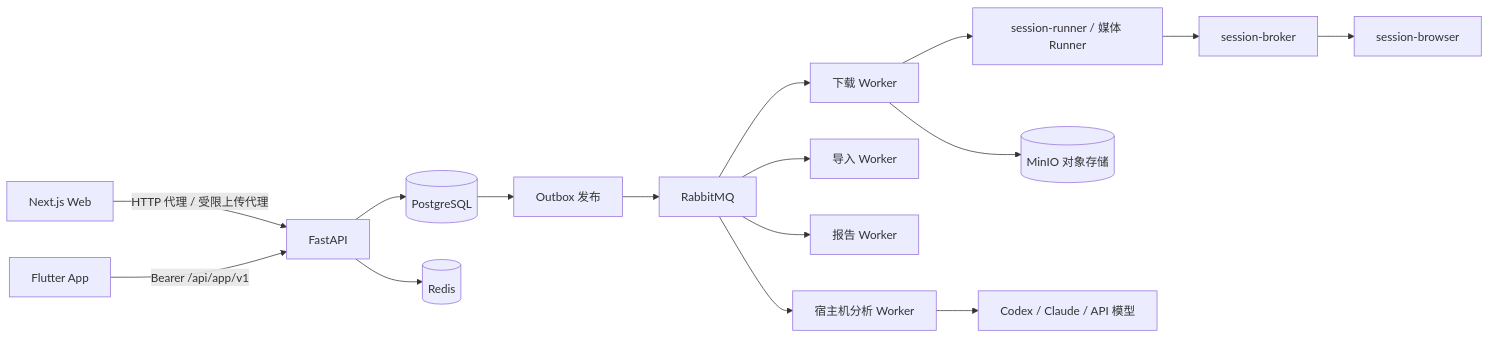
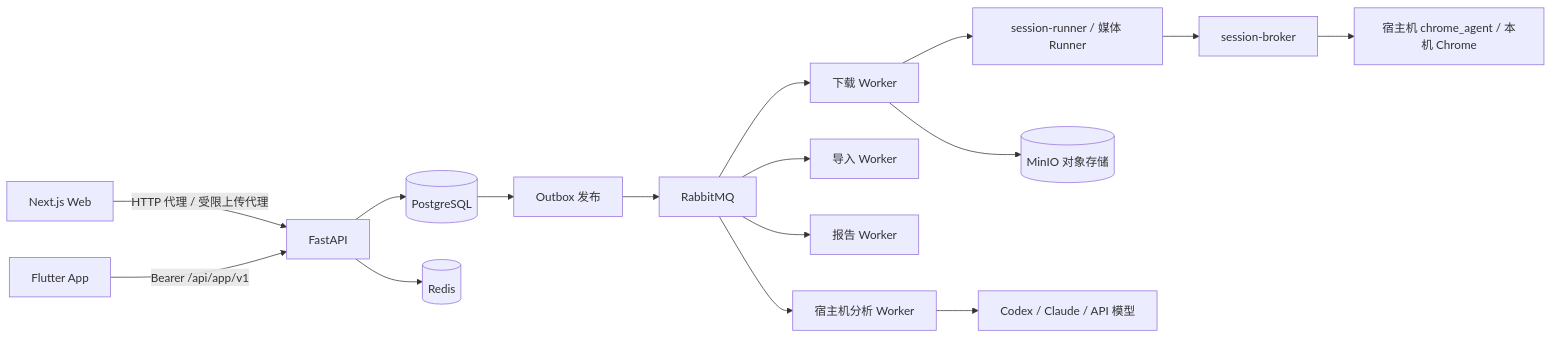
One commit to StephenQiu30/framefetch changed the diagram in docs/design/02-总体架构.md. Above: the diagram before and after it, drawn with Mermaid. The commit also changed other lines of this file and 39 other files, not shown here.

First line of the commit message:
refactor(session): 登录态改为按次现读本机 Chrome，移除 ./start

````diff
--- a/docs/design/02-总体架构.md
+++ b/docs/design/02-总体架构.md
@@ -3,18 +3,18 @@
 ```mermaid
 flowchart LR
   Web[Next.js Web] -->|HTTP 代理 / 受限上传代理| API[FastAPI]
   App[Flutter App] -->|Bearer /api/app/v1| API
   API --> PG[(PostgreSQL)]
   API --> Redis[(Redis)]
   PG --> Outbox[Outbox 发布]
   Outbox --> MQ[RabbitMQ]
   MQ --> DL[下载 Worker]
   MQ --> IM[导入 Worker]
   MQ --> RP[报告 Worker]
   MQ --> AN[宿主机分析 Worker]
   DL --> SR[session-runner / 媒体 Runner]
   SR --> Broker[session-broker]
-  Broker --> Browser[session-browser]
+  Broker --> Agent[宿主机 chrome_agent / 本机 Chrome]
   DL --> MinIO[(MinIO 对象存储)]
   AN --> AI[Codex / Claude / API 模型]
 ```
````
